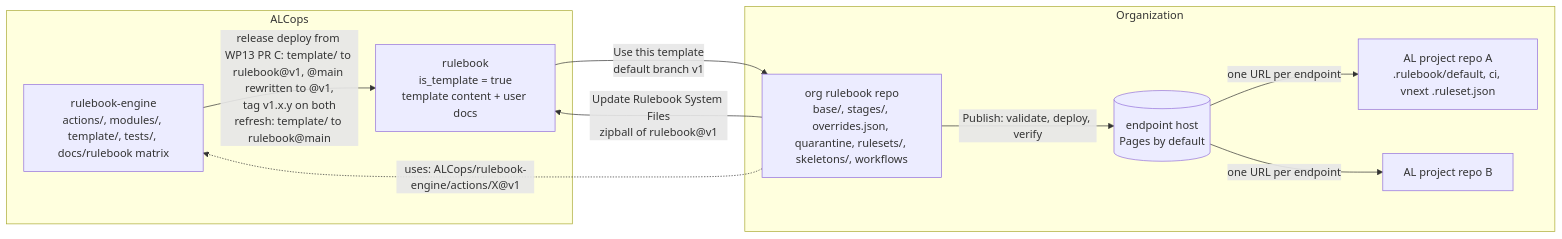
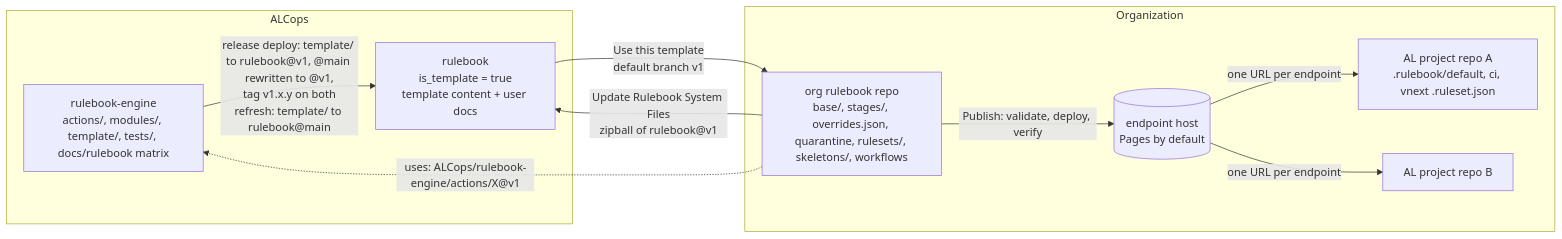
The first of 6 diagrams in docs/ARCHITECTURE.md (ALCops/rulebook-engine), drawn with Mermaid before and after one commit. The commit also changed other lines of this file and 32 other files, not shown here.

First line of the commit message:
Deploy: the release pipeline, RELEASENOTES.copy.md and the refresh of rulebook@main (#101)

````diff
--- a/docs/ARCHITECTURE.md
+++ b/docs/ARCHITECTURE.md
@@ -61,19 +61,19 @@
 ```mermaid
 flowchart LR
     subgraph alcops [ALCops]
         eng[rulebook-engine<br/>actions/, modules/, template/, tests/, docs/rulebook matrix]
         tpl[rulebook<br/>is_template = true<br/>template content + user docs]
     end
     subgraph org [Organization]
         orgrepo[org rulebook repo<br/>base/, stages/, overrides.json, quarantine, rulesets/, skeletons/, workflows]
         host[(endpoint host<br/>Pages by default)]
         proj1[AL project repo A<br/>.rulebook/default, ci, vnext .ruleset.json]
         proj2[AL project repo B]
     end
-    eng -->|release deploy from WP13 PR C: template/ to rulebook@v1, @main rewritten to @v1,<br/>tag v1.x.y on both<br/>refresh: template/ to rulebook@main| tpl
+    eng -->|release deploy: template/ to rulebook@v1, @main rewritten to @v1,<br/>tag v1.x.y on both<br/>refresh: template/ to rulebook@main| tpl
     tpl -->|Use this template<br/>default branch v1| orgrepo
     orgrepo -.->|uses: ALCops/rulebook-engine/actions/X@v1| eng
     orgrepo -->|Update Rulebook System Files<br/>zipball of rulebook@v1| tpl
     orgrepo -->|Publish: validate, deploy, verify| host
     host -->|one URL per endpoint| proj1 & proj2
 ```
````
